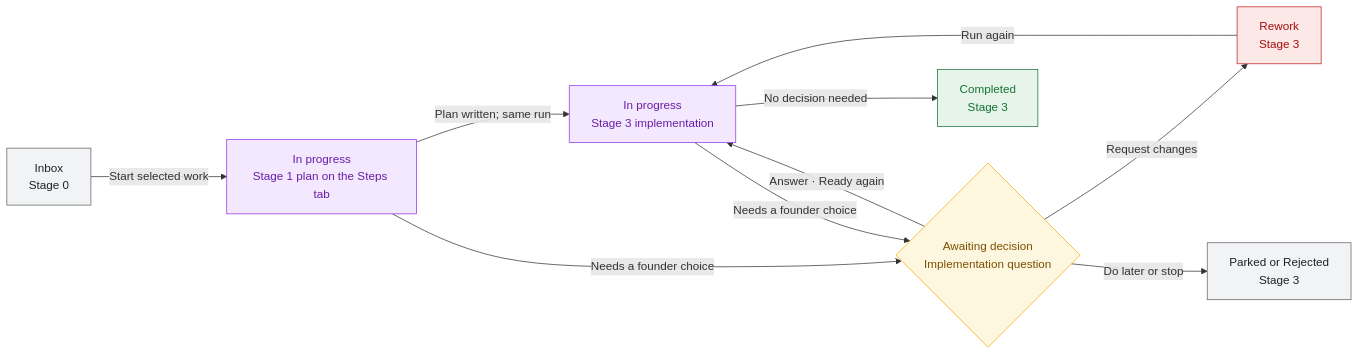
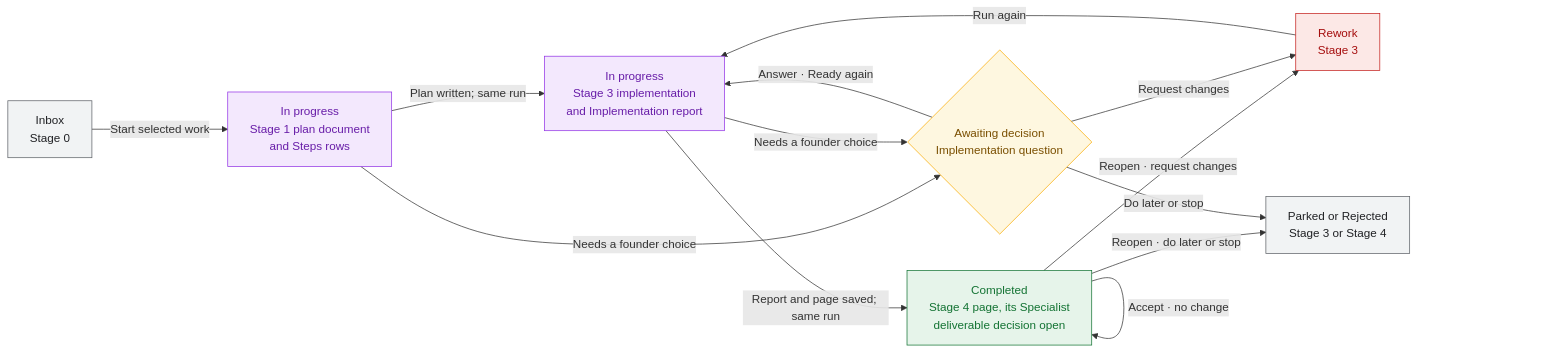
The second of 3 diagrams in docs/architecture/subscription-agents/workflow.md (Welladino/Horology), drawn with Mermaid before and after one commit. The commit also changed other lines of this file and 23 other files, not shown here.

First line of the commit message:
Stage 1 document on every route; Implementation report and Stage 4 page (HOR-9, item 69)

````diff
--- a/docs/architecture/subscription-agents/workflow.md
+++ b/docs/architecture/subscription-agents/workflow.md
@@ -64,32 +66,35 @@
 ```mermaid
 flowchart LR
   %% Implementation route: Feature, Enhancement, Refactor and Fix items. Exact moves:
   %% start-implementation, plan-implementation, complete-implementation, raise-implementation-question,
   %% resume-implementation, run-failed (Status stays; Agent status back to No action)
   inbox2["Inbox<br/>Stage 0"]
-  planning["In progress<br/>Stage 1 plan on the Steps tab"]
-  implementing["In progress<br/>Stage 3 implementation"]
+  planning["In progress<br/>Stage 1 plan document<br/>and Steps rows"]
+  implementing["In progress<br/>Stage 3 implementation<br/>and Implementation report"]
   question{"Awaiting decision<br/>Implementation question"}
-  done["Completed<br/>Stage 3"]
+  done["Completed<br/>Stage 4 page, its Specialist<br/>deliverable decision open"]
   rework2["Rework<br/>Stage 3"]
-  stopped["Parked or Rejected<br/>Stage 3"]
+  stopped["Parked or Rejected<br/>Stage 3 or Stage 4"]
 
   inbox2 -->|Start selected work| planning -->|Plan written; same run| implementing
-  implementing -->|No decision needed| done
+  implementing -->|Report and page saved; same run| done
+  done -->|Accept · no change| done
+  done -->|Reopen · request changes| rework2
+  done -->|Reopen · do later or stop| stopped
   planning -->|Needs a founder choice| question
   implementing -->|Needs a founder choice| question
   question -->|Answer · Ready again| implementing
   question -->|Request changes| rework2 -->|Run again| implementing
   question -->|Do later or stop| stopped
 
   classDef waiting fill:#f1f3f4,stroke:#5f6368,color:#202124
   classDef running fill:#f3e8fd,stroke:#9334e6,color:#681da8
   classDef decision fill:#fef7e0,stroke:#f9ab00,color:#7a4f01
   classDef success fill:#e6f4ea,stroke:#137333,color:#137333
   classDef revise fill:#fce8e6,stroke:#c5221f,color:#a50e0e
   class inbox2,stopped waiting
   class planning,implementing running
   class question decision
   class done success
   class rework2 revise
 ```
````
